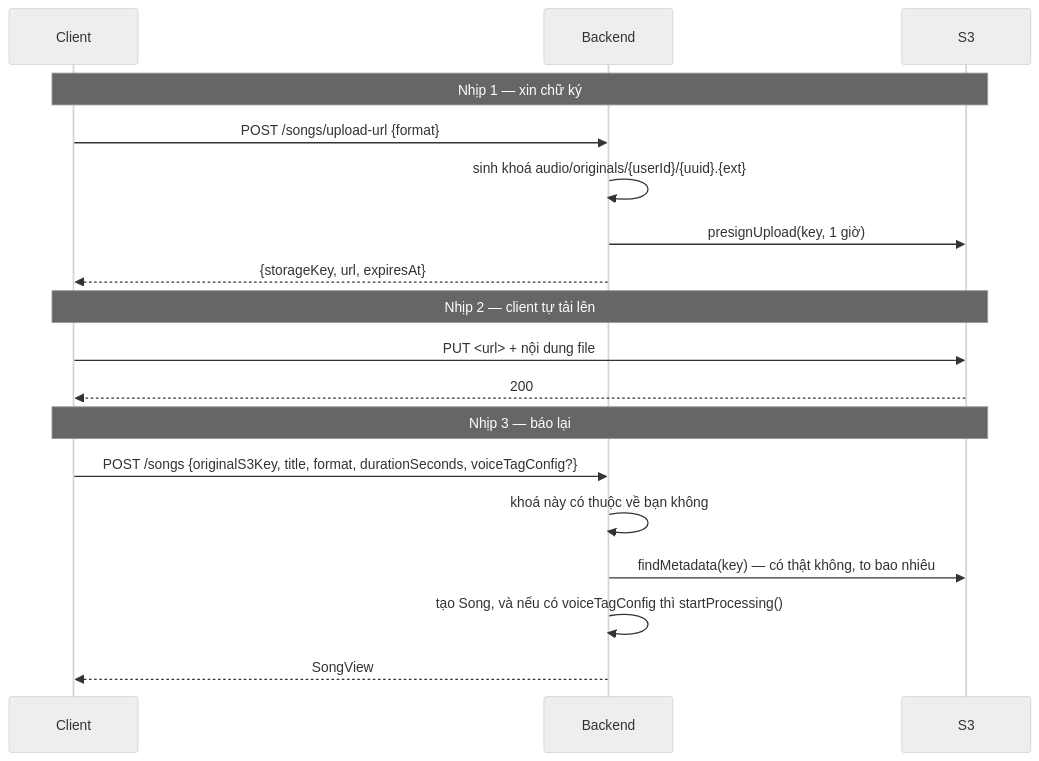
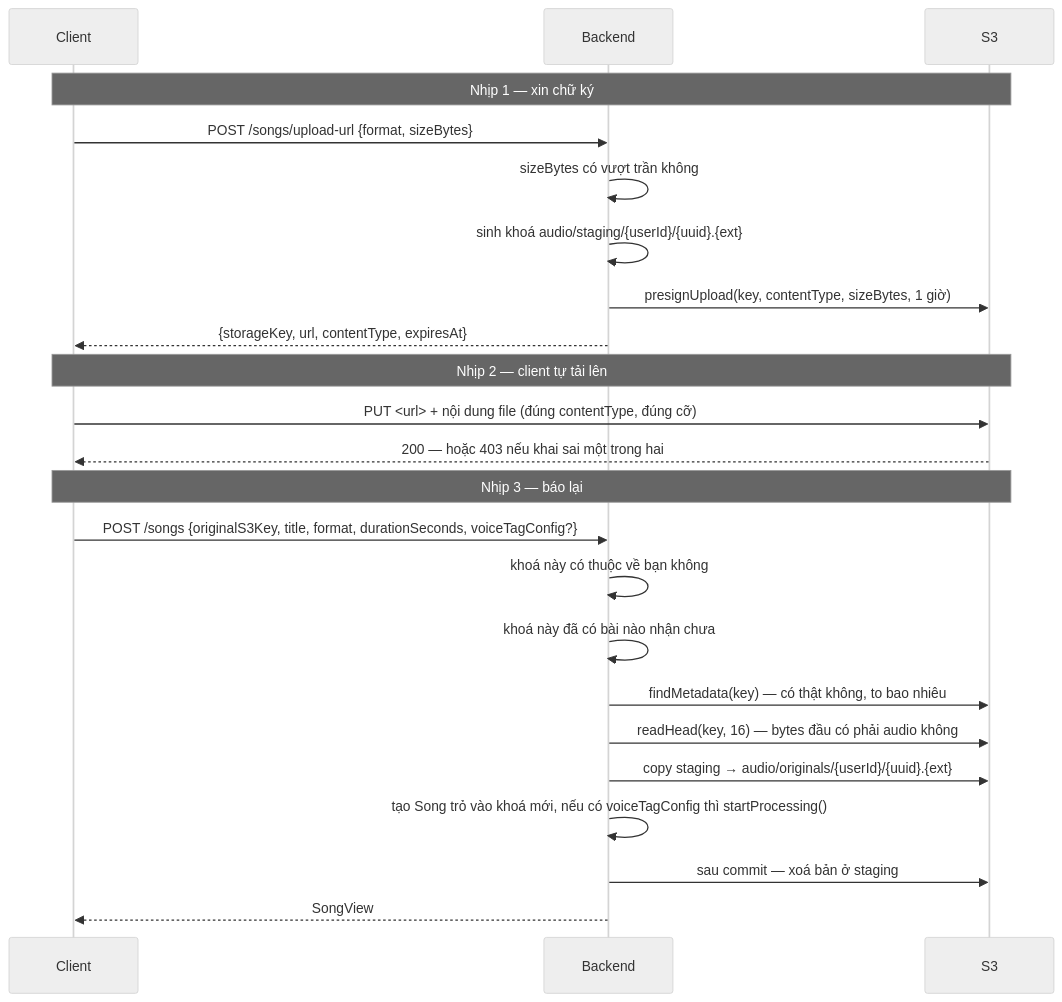
One commit to NguyenDucHoangNam/PWB_Mini changed the diagram in docs/technical/audio-01-tai-len-bai-hat.md. Above: the diagram before and after it, drawn with Mermaid (neutral theme). The commit also changed other lines of this file and 39 other files, not shown here.

Commit message:
feat(security): prevent IDOR in audio upload by enforcing server-minted S3 keys and unique constraint

````diff
--- a/docs/technical/audio-01-tai-len-bai-hat.md
+++ b/docs/technical/audio-01-tai-len-bai-hat.md
@@ -22,23 +22,28 @@
 ```mermaid
 sequenceDiagram
     participant C as Client
     participant B as Backend
     participant S3 as S3
 
     Note over C,S3: Nhịp 1 — xin chữ ký
-    C->>B: POST /songs/upload-url {format}
-    B->>B: sinh khoá audio/originals/{userId}/{uuid}.{ext}
-    B->>S3: presignUpload(key, 1 giờ)
-    B-->>C: {storageKey, url, expiresAt}
+    C->>B: POST /songs/upload-url {format, sizeBytes}
+    B->>B: sizeBytes có vượt trần không
+    B->>B: sinh khoá audio/staging/{userId}/{uuid}.{ext}
+    B->>S3: presignUpload(key, contentType, sizeBytes, 1 giờ)
+    B-->>C: {storageKey, url, contentType, expiresAt}
 
     Note over C,S3: Nhịp 2 — client tự tải lên
-    C->>S3: PUT <url> + nội dung file
-    S3-->>C: 200
+    C->>S3: PUT <url> + nội dung file (đúng contentType, đúng cỡ)
+    S3-->>C: 200 — hoặc 403 nếu khai sai một trong hai
 
     Note over C,S3: Nhịp 3 — báo lại
     C->>B: POST /songs {originalS3Key, title, format, durationSeconds, voiceTagConfig?}
     B->>B: khoá này có thuộc về bạn không
+    B->>B: khoá này đã có bài nào nhận chưa
     B->>S3: findMetadata(key) — có thật không, to bao nhiêu
-    B->>B: tạo Song, và nếu có voiceTagConfig thì startProcessing()
+    B->>S3: readHead(key, 16) — bytes đầu có phải audio không
+    B->>S3: copy staging → audio/originals/{userId}/{uuid}.{ext}
+    B->>B: tạo Song trỏ vào khoá mới, nếu có voiceTagConfig thì startProcessing()
+    B->>S3: sau commit — xoá bản ở staging
     B-->>C: SongView
 ```
````
